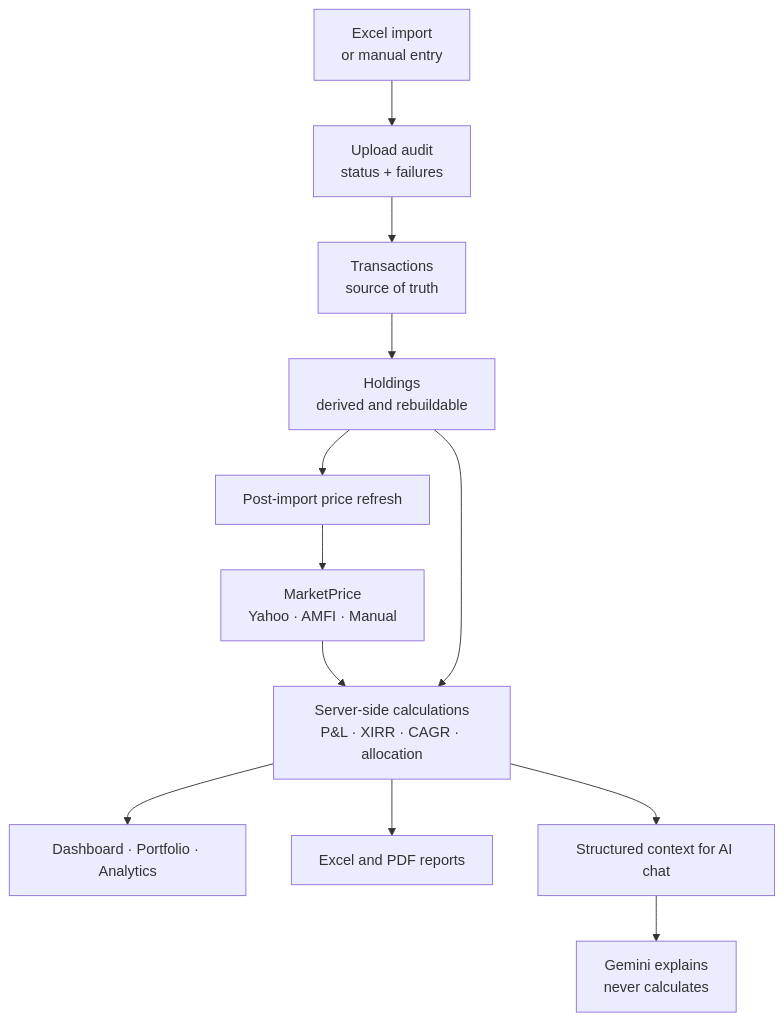
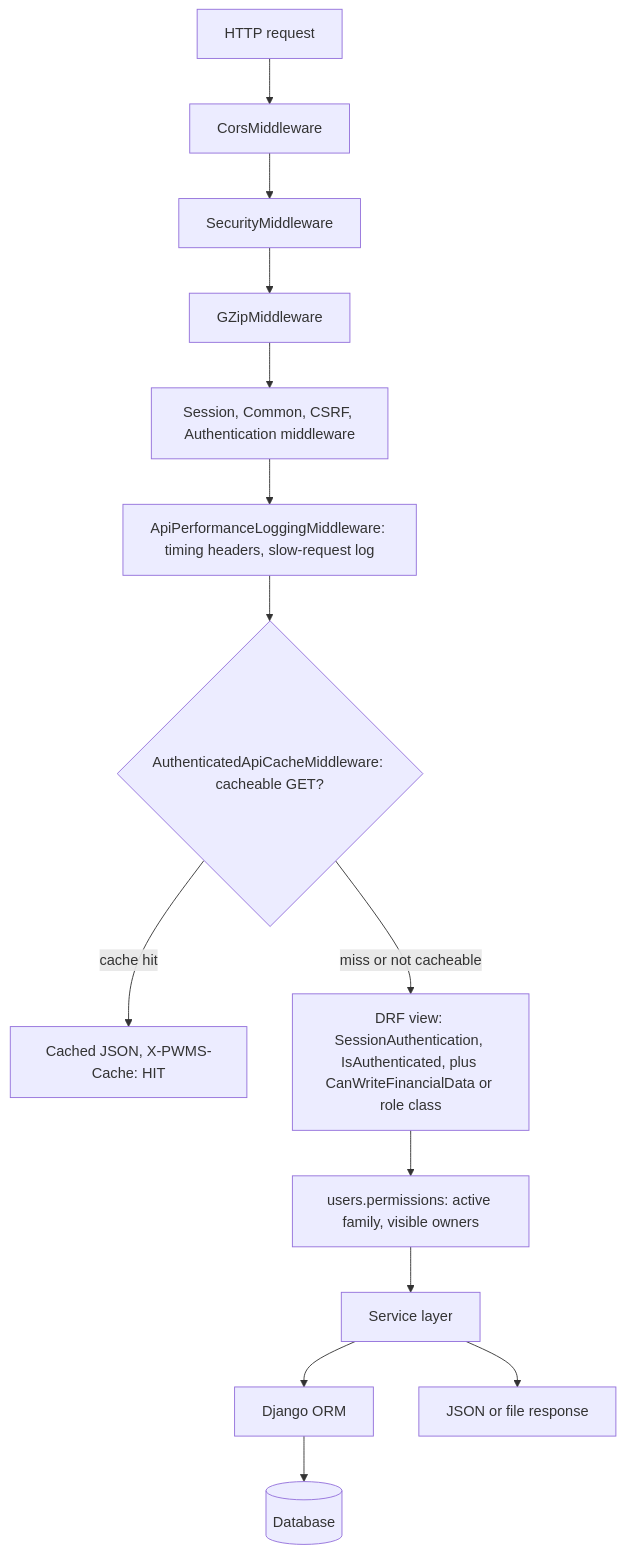
The second of 7 diagrams in README.md (avviiiral/Personal_Wealth_Monitoring_System), drawn with Mermaid before and after one commit. The commit also changed other lines of this file and 1 other file, not shown here.

````diff
--- a/README.md
+++ b/README.md
@@ -941,14 +205,16 @@
 ```mermaid
 flowchart TD
-    A["Excel import<br/>or manual entry"] --> U["Upload audit<br/>status + failures"]
-    U --> B["Transactions<br/>source of truth"]
-    B --> C["Holdings<br/>derived and rebuildable"]
-    C --> D["Post-import price refresh"]
-    D --> E["MarketPrice<br/>Yahoo · AMFI · Manual"]
-    E --> F["Server-side calculations<br/>P&L · XIRR · CAGR · allocation"]
-    C --> F
-    F --> G["Dashboard · Portfolio · Analytics"]
-    F --> H["Excel and PDF reports"]
-    F --> I["Structured context for AI chat"]
-    I --> J["Gemini explains<br/>never calculates"]
+    R["HTTP request"] --> C["CorsMiddleware"]
+    C --> S["SecurityMiddleware"]
+    S --> G["GZipMiddleware"]
+    G --> SE["Session, Common, CSRF, Authentication middleware"]
+    SE --> P["ApiPerformanceLoggingMiddleware: timing headers, slow-request log"]
+    P --> K{"AuthenticatedApiCacheMiddleware: cacheable GET?"}
+    K -->|"cache hit"| HIT["Cached JSON, X-PWMS-Cache: HIT"]
+    K -->|"miss or not cacheable"| V["DRF view: SessionAuthentication, IsAuthenticated, plus CanWriteFinancialData or role class"]
+    V --> F["users.permissions: active family, visible owners"]
+    F --> SV["Service layer"]
+    SV --> ORM["Django ORM"]
+    ORM --> DB[("Database")]
+    SV --> RESP["JSON or file response"]
 ```
````
